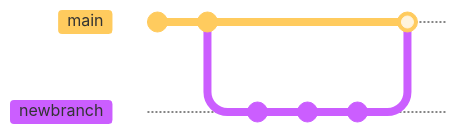
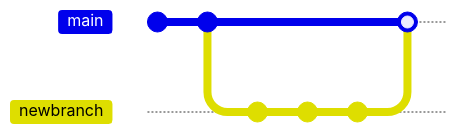
One commit to mamonu/boldbestpractice changed the diagram in docs/4_version_control.md. Above: the diagram before and after it, drawn with Mermaid. The commit also changed other lines of this file, not shown here. Commit ids are hidden.

````diff
--- a/docs/4_version_control.md
+++ b/docs/4_version_control.md
@@ -23,14 +22,14 @@
 ```mermaid
-%%{init: { 'logLevel': 'debug', 'theme': 'base', 'gitGraph': {'rotateCommitLabel': true}} }%%
+%%{init: { 'logLevel': 'debug', 'theme': 'base' }%%
 gitGraph:
 checkout main
 commit
 commit
 branch newbranch
 checkout newbranch
 commit
 commit
 commit
 checkout main
 merge newbranch
 ```
````
